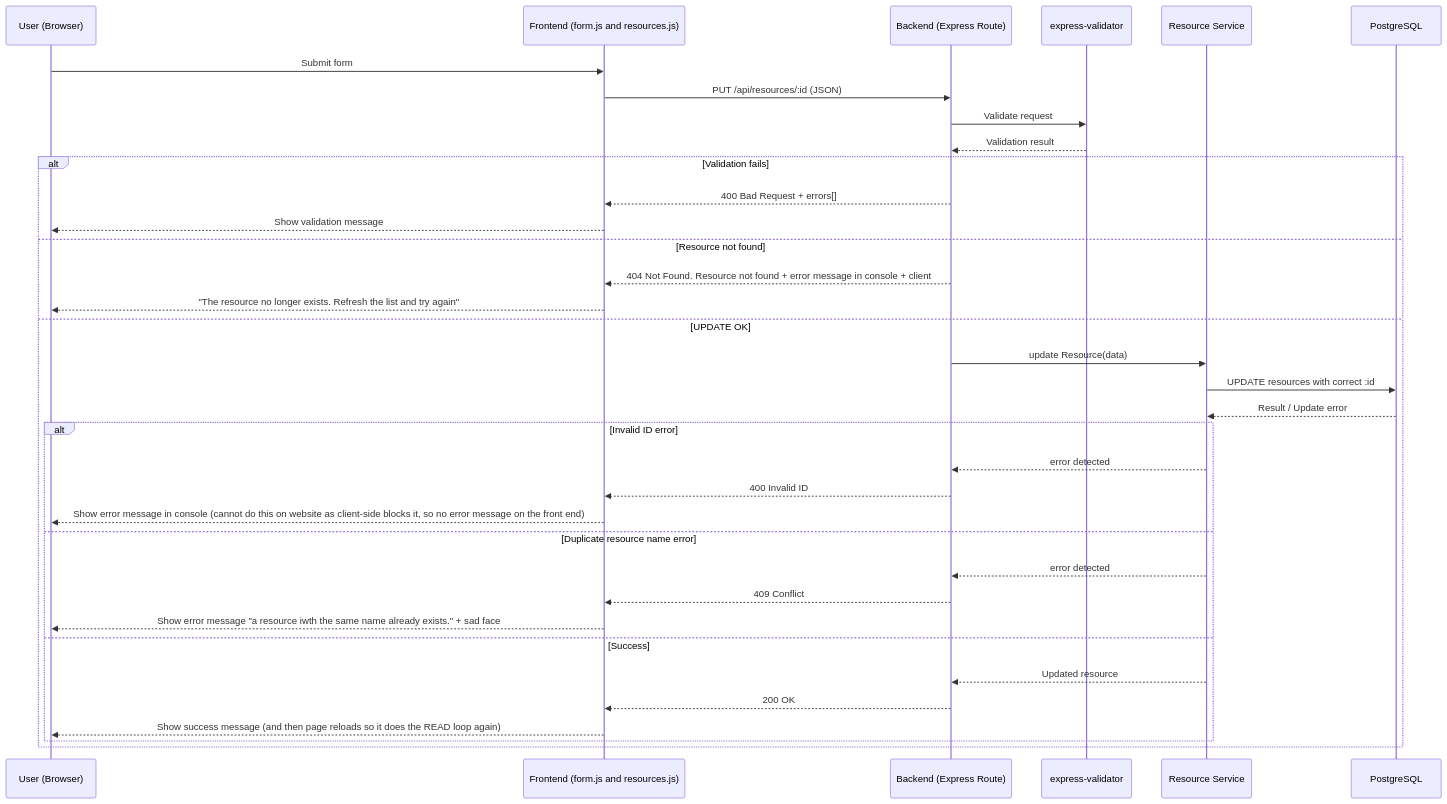
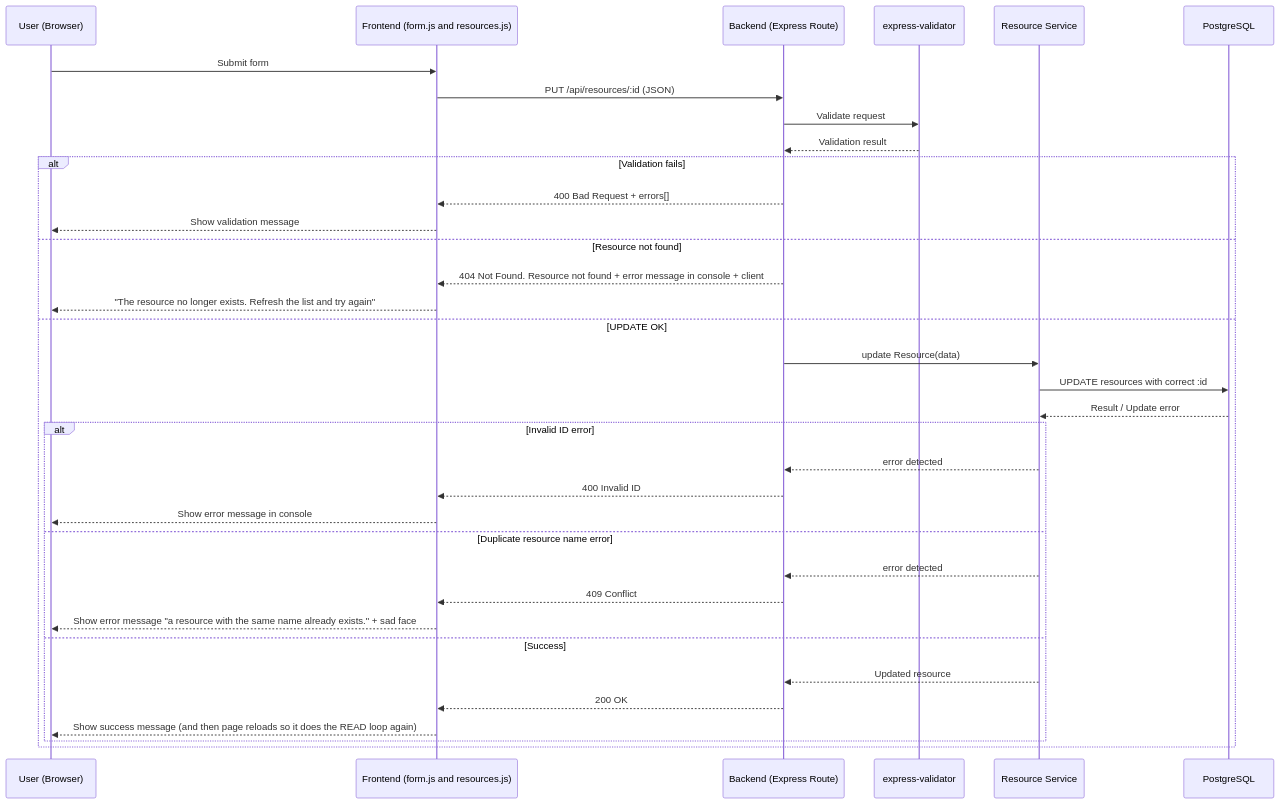
Before and after one commit to NKRisu/solid-octo-waffle: the third of 4 diagrams in BookingSystem/Phase6/G1_CRUD_DataFlow.md, drawn with Mermaid. The commit also changed other lines of this file, not shown here.

````diff
--- a/BookingSystem/Phase6/G1_CRUD_DataFlow.md
+++ b/BookingSystem/Phase6/G1_CRUD_DataFlow.md
@@ -72,41 +72,41 @@
 ```mermaid
 sequenceDiagram
     participant U as User (Browser)
     participant F as Frontend (form.js and resources.js)
     participant B as Backend (Express Route)
     participant V as express-validator
     participant S as Resource Service
     participant DB as PostgreSQL
 
     U->>F: Submit form
     F->>B: PUT /api/resources/:id (JSON)
 
     B->>V: Validate request
     V-->>B: Validation result
 
     alt Validation fails
         B-->>F: 400 Bad Request + errors[]
         F-->>U: Show validation message
     else Resource not found
         B-->>F: 404 Not Found. Resource not found + error message in console + client
         F-->>U: "The resource no longer exists. Refresh the list and try again"
     else UPDATE OK
         B->>S: update Resource(data)
         S->>DB: UPDATE resources with correct :id
         DB-->>S: Result / Update error
 
         alt Invalid ID error
             S-->>B: error detected
             B-->>F: 400 Invalid ID
-            F-->>U: Show error message in console (cannot do this on website as client-side blocks it, so no error message on the front end)
+            F-->>U: Show error message in console
         else Duplicate resource name error
-                S-->>B: error detected
-                B-->>F: 409 Conflict
-                F-->>U: Show error message "a resource iwth the same name already exists." + sad face
+            S-->>B: error detected
+            B-->>F: 409 Conflict
+            F-->>U: Show error message "a resource with the same name already exists." + sad face
         else Success
             S-->>B: Updated resource
             B-->>F: 200 OK
             F-->>U: Show success message (and then page reloads so it does the READ loop again)
         end
     end
 ```
````
